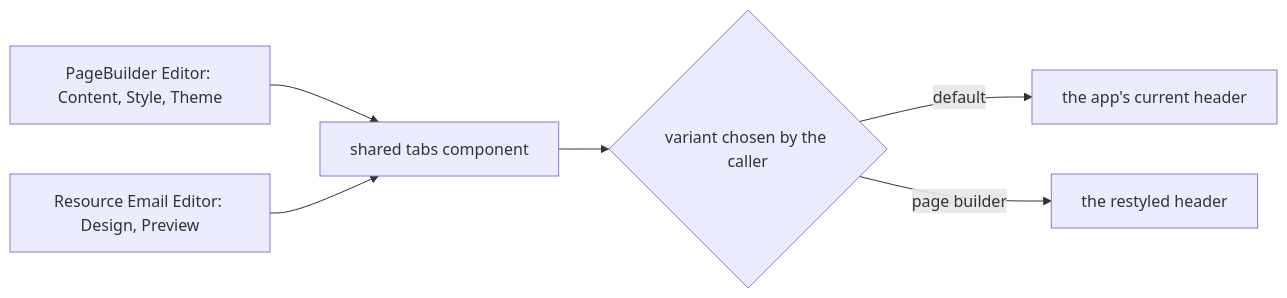
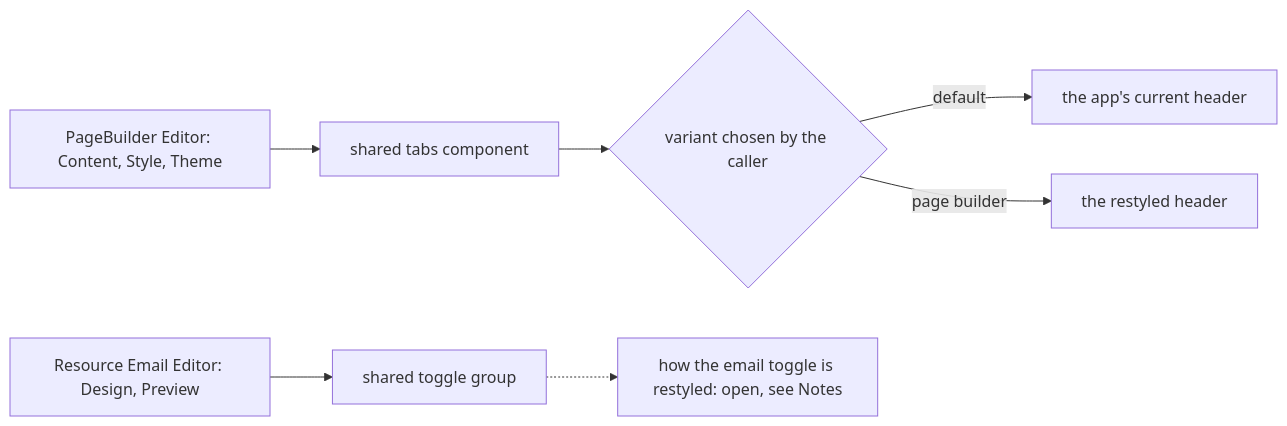
One commit to Esposter/Esposter changed the diagram in openspec/changes/resource-page-builder-tab-headers/design.md. Above: the diagram before and after it, drawn with Mermaid. The commit also changed other lines of this file and 1 other file, not shown here.

Commit message:
docs(openspec): the email editor's Design and Preview control is a toggle group, not the tabs component

````diff
--- a/openspec/changes/resource-page-builder-tab-headers/design.md
+++ b/openspec/changes/resource-page-builder-tab-headers/design.md
@@ -9,8 +9,9 @@
 ```mermaid
 flowchart LR
   A[PageBuilder Editor: Content, Style, Theme] --> C[shared tabs component]
-  B[Resource Email Editor: Design, Preview] --> C
   C --> D{variant chosen by the caller}
   D -->|default| E[the app's current header]
   D -->|page builder| F[the restyled header]
+  B[Resource Email Editor: Design, Preview] --> G[shared toggle group]
+  G -.-> H[how the email toggle is restyled: open, see Notes]
 ```
````
